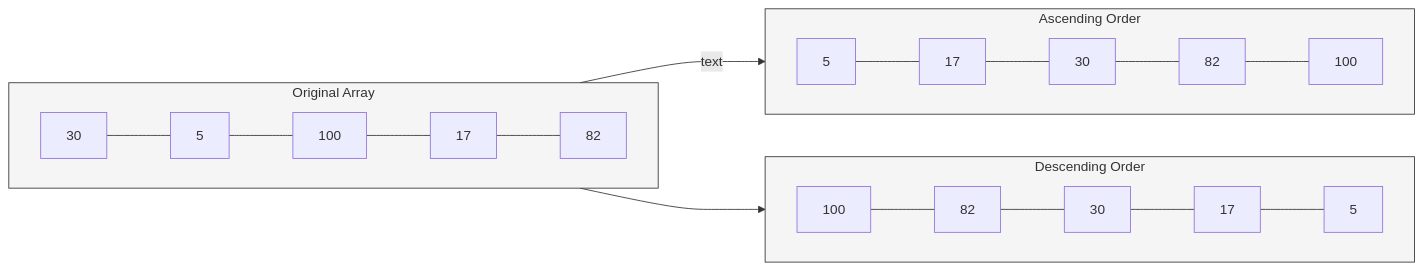
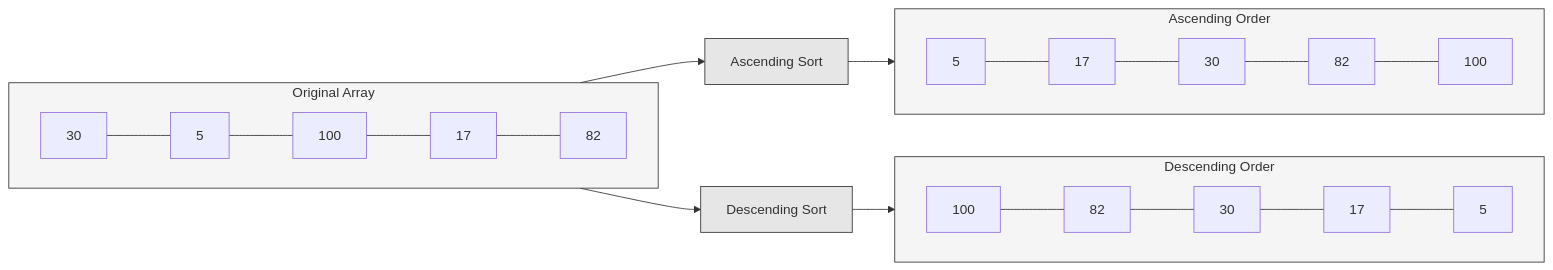
One commit to Algorithmology/www.algorithmology.org changed the diagram in slides/weekeleven/index.qmd. Above: the diagram before and after it, drawn with Mermaid.

Commit message:
refactor: Add a node that will perform the sort in the slides/weekeleven/index.qmd.

````diff
--- a/slides/weekeleven/index.qmd
+++ b/slides/weekeleven/index.qmd
@@ -177,27 +177,31 @@
 ```{mermaid}
 %%| echo: false
 %%| scale: 200
 flowchart LR
     subgraph Original["Original Array"]
         direction LR
         O1[30] --- O2[5] --- O3[100] --- O4[17] --- O5[82]
         style Original fill:#f5f5f5,stroke:#333
     end
     
     subgraph Ascending["Ascending Order"]
         direction LR
         A1[5] --- A2[17] --- A3[30] --- A4[82] --- A5[100]
         style Ascending fill:#f5f5f5,stroke:#333
     end
     
     subgraph Descending["Descending Order"]
         direction LR
         D1[100] --- D2[82] --- D3[30] --- D4[17] --- D5[5]
         style Descending fill:#f5f5f5,stroke:#333
     end
 
-    Original ---> |text|Ascending
-    Original ---> Descending
+    AscendingSort["Ascending Sort"]
+    DescendingSort["Descending Sort"]
+    
+    Original --> AscendingSort --> Ascending
+    Original --> DescendingSort --> Descending
 
-    linkStyle 0,1 fontSize:14px,fontWeight:bold;
+    style AscendingSort fill:#e6e6e6,stroke:#333,fontSize:12px
+    style DescendingSort fill:#e6e6e6,stroke:#333,fontSize:12px
 ```
````
